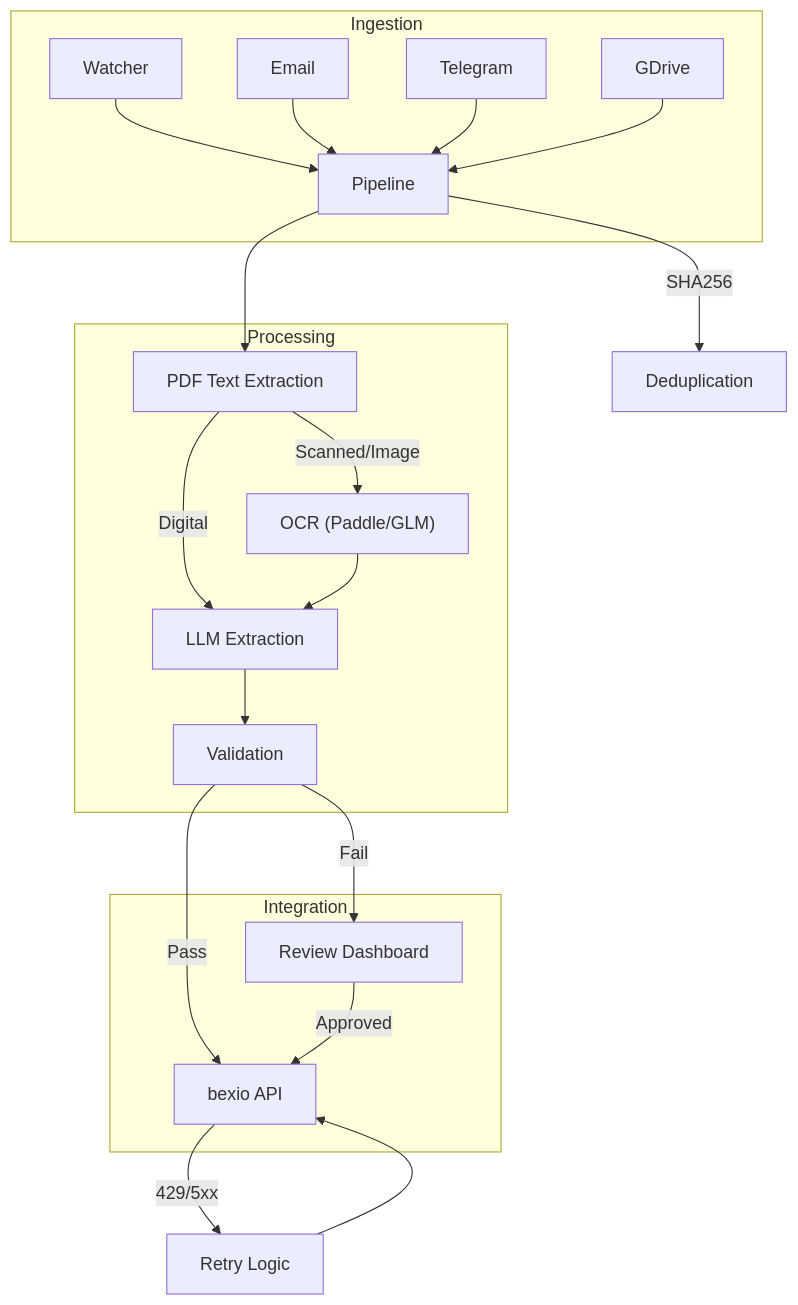
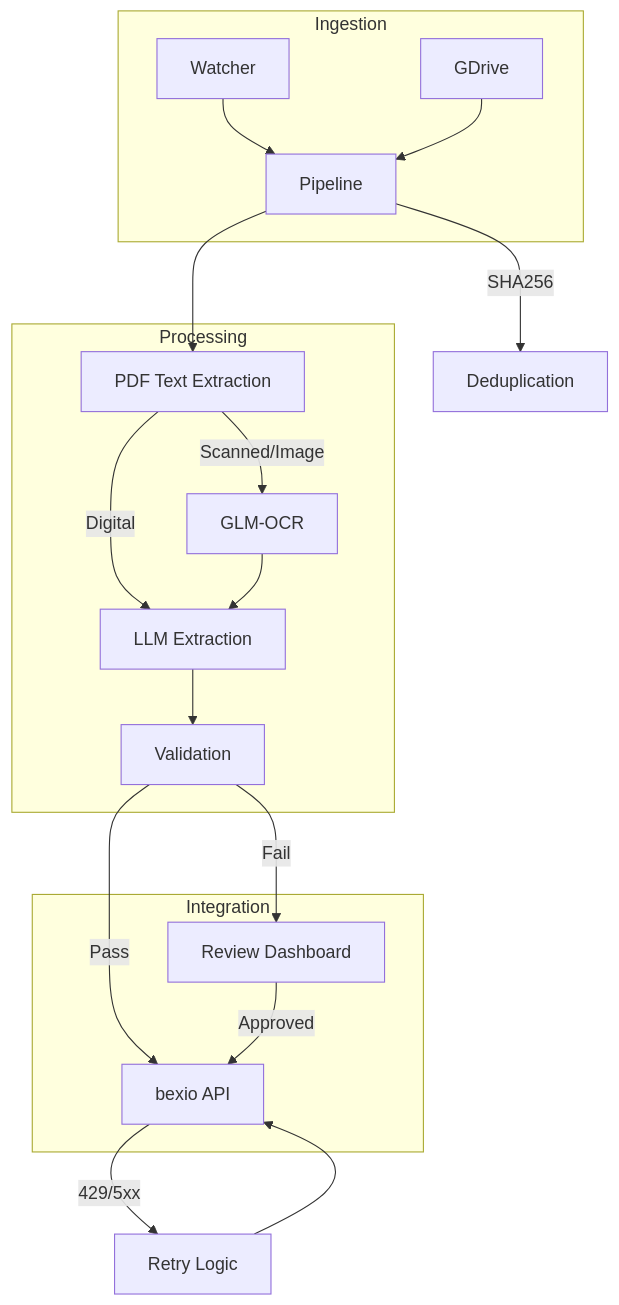
The diagram in README.md (tazztone/bexio-receipts), drawn with Mermaid before and after one commit. The commit also changed other lines of this file and 5 other files, not shown here.

````diff
--- a/README.md
+++ b/README.md
@@ -68,27 +65,25 @@
 ```mermaid
 graph TD
     subgraph Ingestion
         FW["Watcher"] --> P["Pipeline"]
-        EM["Email"] --> P
-        TB["Telegram"] --> P
         GD["GDrive"] --> P
     end
 
     subgraph Processing
         P --> PDF["PDF Text Extraction"]
-        PDF -- Scanned/Image --> OCR["OCR (Paddle/GLM)"]
+        PDF -- Scanned/Image --> OCR["GLM-OCR"]
         PDF -- Digital --> LLM
         OCR --> LLM["LLM Extraction"]
         LLM --> VAL["Validation"]
     end
 
     subgraph Integration
         VAL -- Pass --> BEX["bexio API"]
         VAL -- Fail --> RD["Review Dashboard"]
         RD -- Approved --> BEX
     end
 
     BEX -- 429/5xx --> Retry["Retry Logic"]
     Retry --> BEX
     P -- SHA256 --> DB["Deduplication"]
 ```
````
